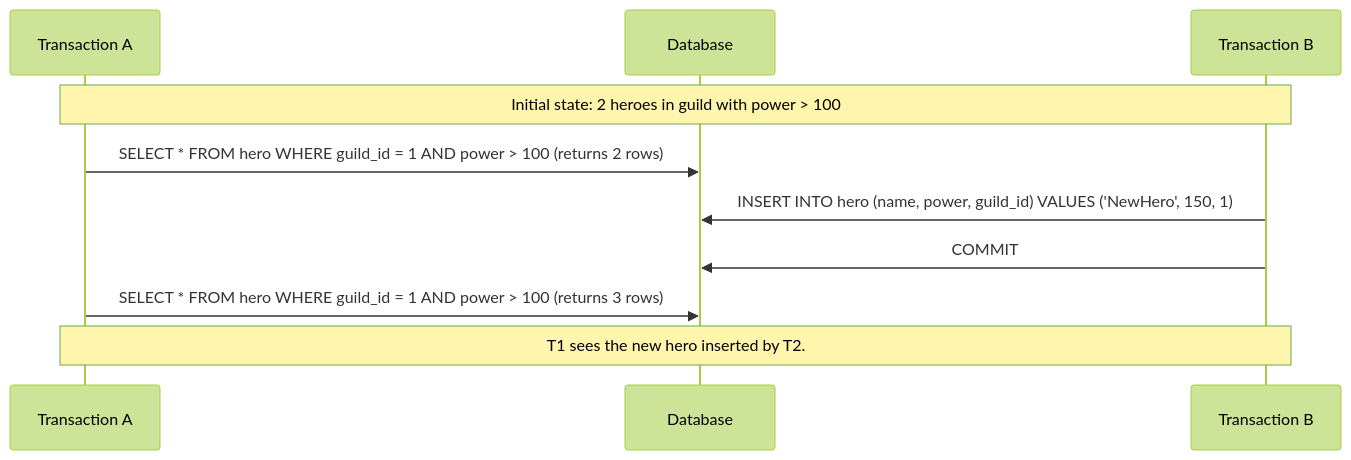
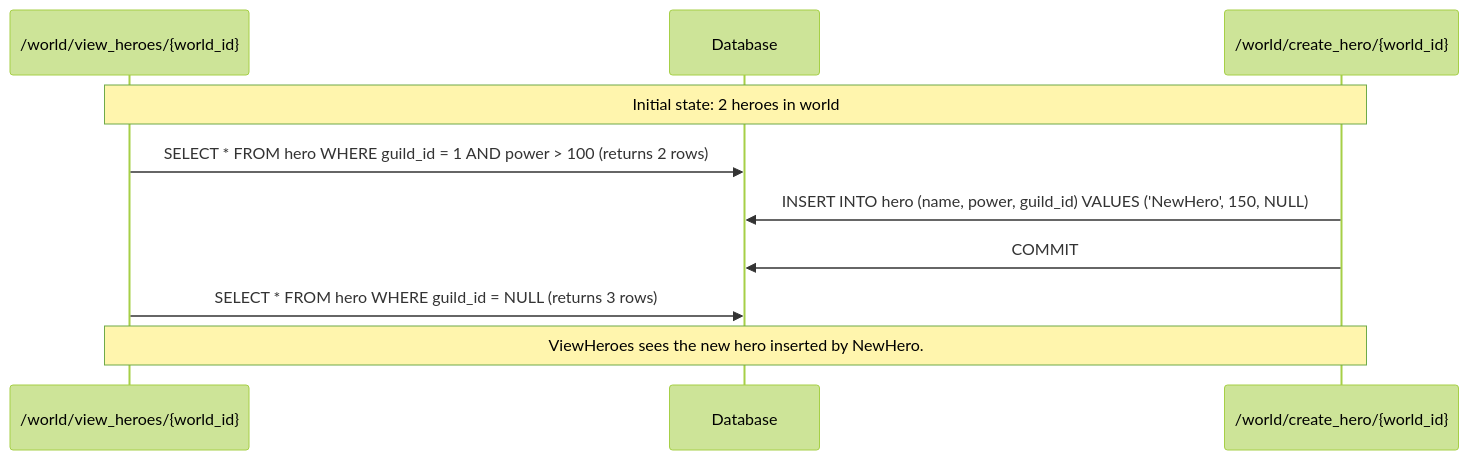
Before and after one commit to jluudev/365-group-project: the third of 3 diagrams in docs/concurrency.md, drawn with Mermaid (forest theme). The commit also changed other lines of this file, not shown here.

````diff
--- a/docs/concurrency.md
+++ b/docs/concurrency.md
@@ -47,12 +47,13 @@
 ```mermaid
 sequenceDiagram
-    participant T1 as Transaction A
+    participant ViewHeroes as /world/view_heroes/{world_id}
     participant DB as Database
-    participant T2 as Transaction B
-    Note over T1, T2: Initial state: 2 heroes in guild with power > 100
-    T1->>DB: SELECT * FROM hero WHERE guild_id = 1 AND power > 100 (returns 2 rows)
-    T2->>DB: INSERT INTO hero (name, power, guild_id) VALUES ('NewHero', 150, 1)
-    T2->>DB: COMMIT
-    T1->>DB: SELECT * FROM hero WHERE guild_id = 1 AND power > 100 (returns 3 rows)
-    Note over T1, T2: T1 sees the new hero inserted by T2.
+    participant NewHero as /world/create_hero/{world_id}
+    Note over ViewHeroes, NewHero: Initial state: 2 heroes in world
+    ViewHeroes->>DB: SELECT * FROM hero WHERE guild_id = 1 AND power > 100 (returns 2 rows)
+    NewHero->>DB: INSERT INTO hero (name, power, guild_id) VALUES ('NewHero', 150, NULL)
+    NewHero->>DB: COMMIT
+    ViewHeroes->>DB: SELECT * FROM hero WHERE guild_id = NULL (returns 3 rows)
+    Note over ViewHeroes, NewHero: ViewHeroes sees the new hero inserted by NewHero.
+
 ```
````
